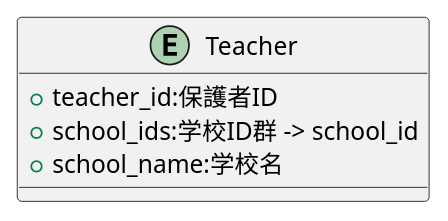
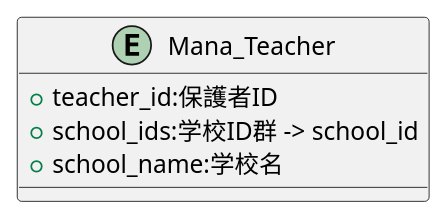
The diagram in Entity/Mana_Teacher.pu (popoposorara/ERP_ER), drawn with PlantUML before and after one commit. The commit also changed 30 other files, not shown here.

```diff
--- a/Entity/Mana_Teacher.pu
+++ b/Entity/Mana_Teacher.pu
@@ -1,9 +1,9 @@
 @startuml
 
-entity "Teacher" {
+entity "Mana_Teacher" {
     + teacher_id:保護者ID
     + school_ids:学校ID群 -> school_id
     + school_name:学校名
 }
 
 @enduml
```
